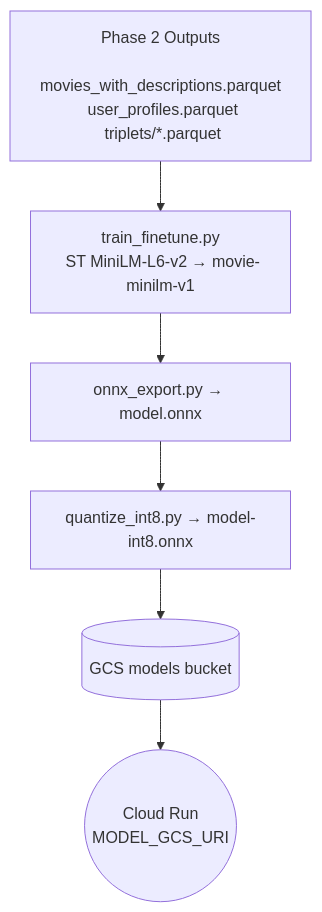
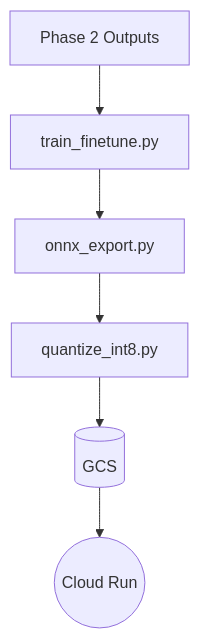
One commit to yp-ai-lab/CR-HyperVR changed the third of 3 diagrams in README.md. Above: the diagram before and after it, drawn with Mermaid. The commit also changed other lines of this file, not shown here.

Commit message:
init CR-HyperVR (Cloud Run hypergraph‑vector recommender)

````diff
--- a/README.md
+++ b/README.md
@@ -242,8 +242,8 @@
 ```mermaid
 flowchart TD
-  A[Phase 2 Outputs\n movies_with_descriptions.parquet\n user_profiles.parquet\n triplets/*.parquet] --> B[train_finetune.py\n ST MiniLM-L6-v2 → movie-minilm-v1]
-  B --> C[onnx_export.py → model.onnx]
-  C --> D[quantize_int8.py → model-int8.onnx]
-  D --> E[(GCS models bucket)]
-  E --> F((Cloud Run \n MODEL_GCS_URI))
+  A[Phase 2 Outputs] --> B[train_finetune.py]
+  B --> C[onnx_export.py]
+  C --> D[quantize_int8.py]
+  D --> E[(GCS)]
+  E --> F((Cloud Run))
 ```
````
